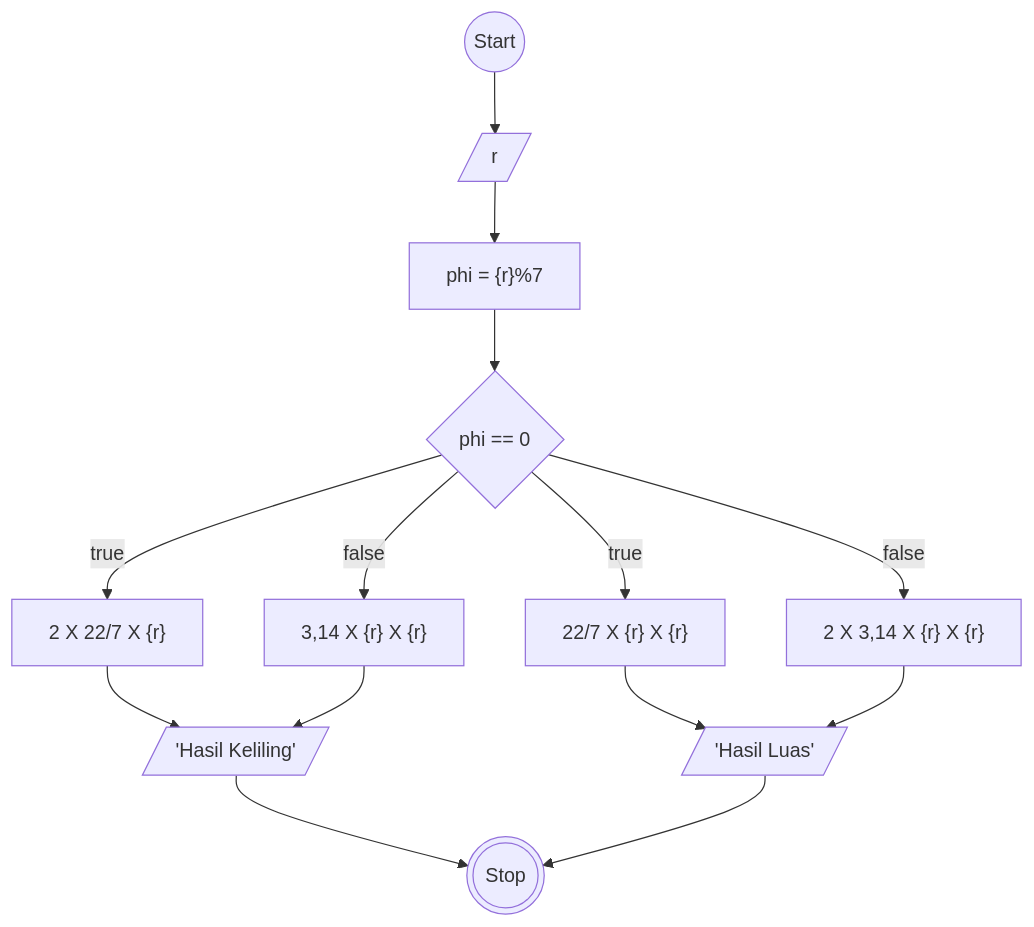
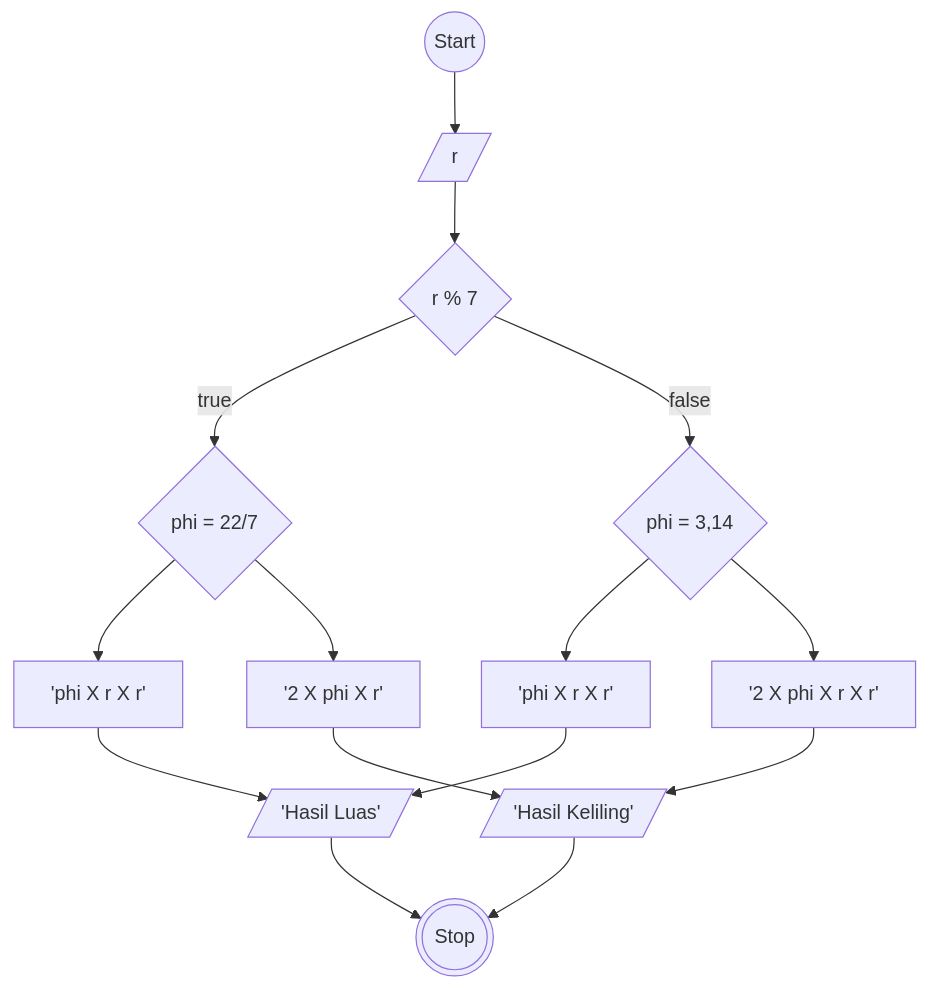
One commit to almarufh/Koda-B8-Algoritma changed the diagram in Menghitung_luas&keliling.md. Above: the diagram before and after it, drawn with Mermaid. The commit also changed other lines of this file, not shown here.

````diff
--- a/Menghitung_luas&keliling.md
+++ b/Menghitung_luas&keliling.md
@@ -20,31 +35,33 @@
 ```mermaid
 flowchart TD
 A@{ shape: circle, label: "Start" }
 B@{ shape: lean-r, label: "r" }
-C@{ shape: rect, label: "phi = {r}%7" }
-D@{ shape: rect, label: "22/7 X {r} X {r}"}
-E@{ shape: rect, label: "2 X 3,14 X {r} X {r}"}
-F@{ shape: rect, label: "3,14 X {r} X {r}"}
-G@{ shape: rect, label: "2 X 22/7 X {r}"}
-H@{ shape: diamond, label: "phi == 0"}
+C@{ shape: diamond, label: "r % 7" }
+D@{ shape: rect, label: "'phi X r X r'"}
+E@{ shape: rect, label: "'2 X phi X r X r'"}
+F@{ shape: rect, label: "'phi X r X r'"}
+G@{ shape: rect, label: "'2 X phi X r'"}
+H@{ shape: diamond, label: "phi = 3,14"}
 I@{ shape: lean-r, label: "'Hasil Luas'" }
 J@{ shape: lean-r, label: "'Hasil Keliling'" }
 K@{ shape: dbl-circ, label: "Stop"}
+L@{ shape: diamond, label: "phi = 22/7" }
+
+A --> B
+B --> C
+C --true--> L
+C --false--> H
+L --> D
+L --> G
+H --> F
+H --> E
+F --> I
+D --> I
+G --> J
+E --> J
+J --> K
+I --> K
 
 
 
-A --> B
-B --> C
-C --> H
-H --true--> D
-H --false--> E
-H --true--> G
-H --false--> F
-G --> J
-F --> J
-D --> I
-E --> I
-J --> K
-I --> K
-
 ```
````
